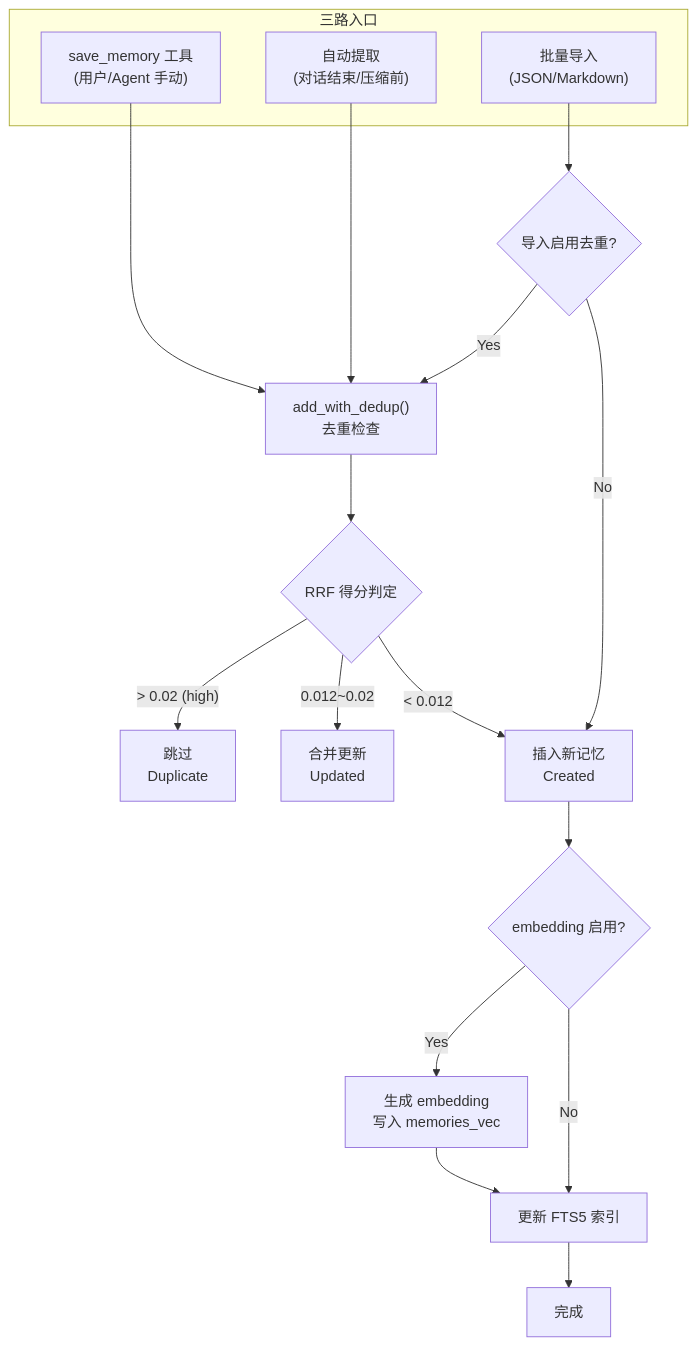
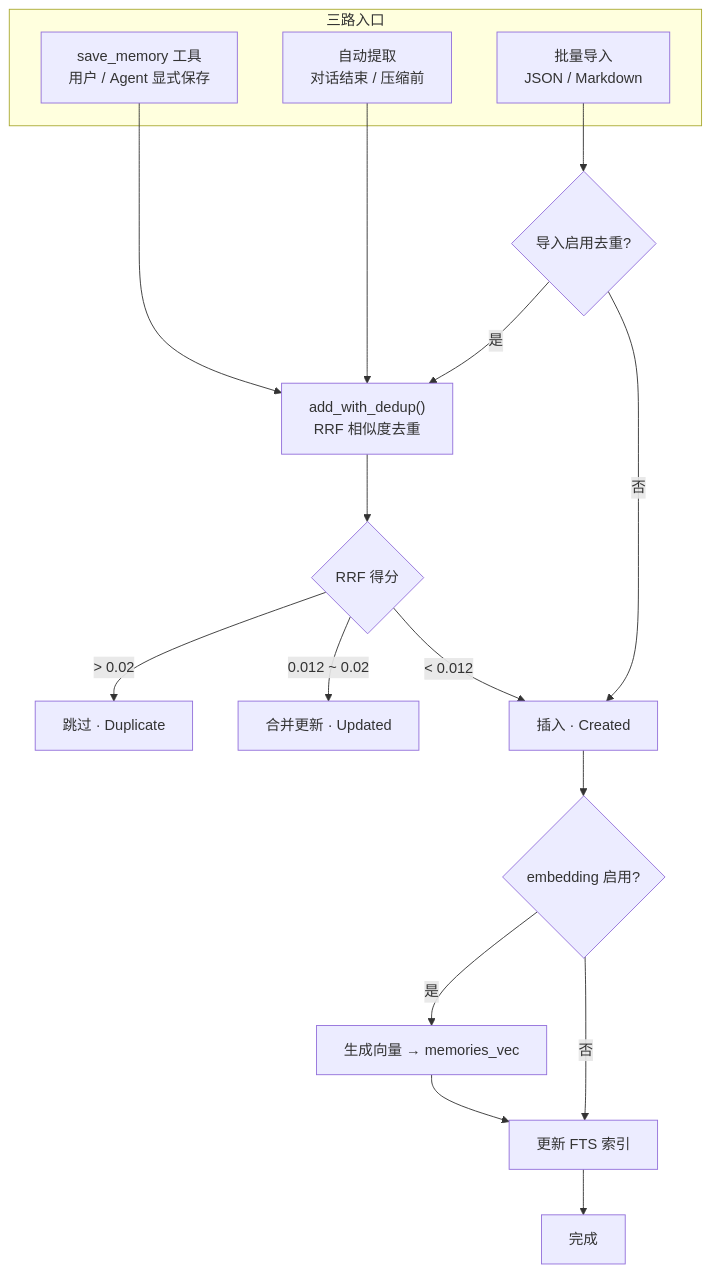
Before and after one commit to shiwenwen/hope-agent: the third of 5 diagrams in docs/architecture/memory.md, drawn with Mermaid. The commit also changed other lines of this file and 2 other files, not shown here.

First line of the commit message:
🦭docs: 大件一遍稿（backend-separation/provider-system/memory）——待补对抗校验

````diff
--- a/docs/architecture/memory.md
+++ b/docs/architecture/memory.md
@@ -365,22 +339,21 @@
 ```mermaid
 flowchart TD
     subgraph 三路入口
-        A1["save_memory 工具<br/>(用户/Agent 手动)"]
-        A2["自动提取<br/>(对话结束/压缩前)"]
-        A3["批量导入<br/>(JSON/Markdown)"]
+        A1["save_memory 工具<br/>用户 / Agent 显式保存"]
+        A2["自动提取<br/>对话结束 / 压缩前"]
+        A3["批量导入<br/>JSON / Markdown"]
     end
-    A1 --> Dedup["add_with_dedup()<br/>去重检查"]
+    A1 --> Dedup["add_with_dedup()<br/>RRF 相似度去重"]
     A2 --> Dedup
     A3 --> DedupOpt{"导入启用去重?"}
-    DedupOpt -- Yes --> Dedup
-    DedupOpt -- No --> Insert
-    Dedup --> Score{"RRF 得分判定"}
-    Score -- "> 0.02 (high)" --> Skip["跳过<br/>Duplicate"]
-    Score -- "0.012~0.02" --> Update["合并更新<br/>Updated"]
-    Score -- "< 0.012" --> Insert["插入新记忆<br/>Created"]
+    DedupOpt -- 是 --> Dedup
+    DedupOpt -- 否 --> Insert
+    Dedup --> Score{"RRF 得分"}
+    Score -- "> 0.02" --> Skip["跳过 · Duplicate"]
+    Score -- "0.012 ~ 0.02" --> Update["合并更新 · Updated"]
+    Score -- "< 0.012" --> Insert["插入 · Created"]
     Insert --> Embed{"embedding 启用?"}
-    Embed -- Yes --> GenVec["生成 embedding<br/>写入 memories_vec"]
-    Embed -- No --> FTS["更新 FTS5 索引"]
-    GenVec --> FTS
-    FTS --> Done["完成"]
+    Embed -- 是 --> GenVec["生成向量 → memories_vec"]
+    Embed -- 否 --> FTS["更新 FTS 索引"]
+    GenVec --> FTS --> Done["完成"]
 ```
````
